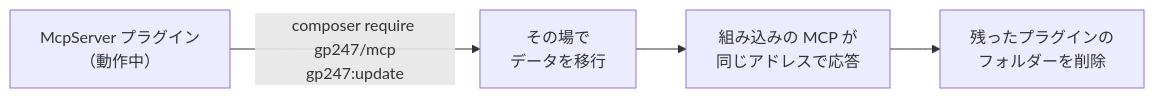
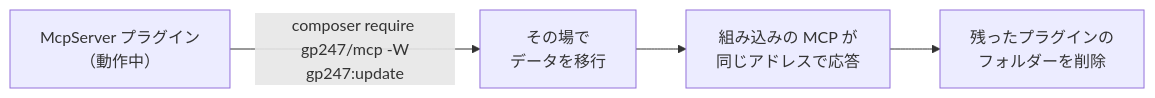
One commit to gp247net/gp247-docs changed the second of 2 diagrams in mcp/mcp-administration_ja.md. Above: the diagram before and after it, drawn with Mermaid. The commit also changed other lines of this file and 20 other files, not shown here.

First line of the commit message:
docs(release): S-Cart 3.5.0 — built-in MCP server; composer require gp247/mcp -W

````diff
--- a/mcp/mcp-administration_ja.md
+++ b/mcp/mcp-administration_ja.md
@@ -109,6 +109,6 @@
 ```mermaid
 flowchart LR
-    P["McpServer プラグイン<br/>（動作中）"] -->|"composer require gp247/mcp<br/>gp247:update"| M["その場で<br/>データを移行"]
+    P["McpServer プラグイン<br/>（動作中）"] -->|"composer require gp247/mcp -W<br/>gp247:update"| M["その場で<br/>データを移行"]
     M --> N["組み込みの MCP が<br/>同じアドレスで応答"]
     N --> D["残ったプラグインの<br/>フォルダーを削除"]
 ```
````
